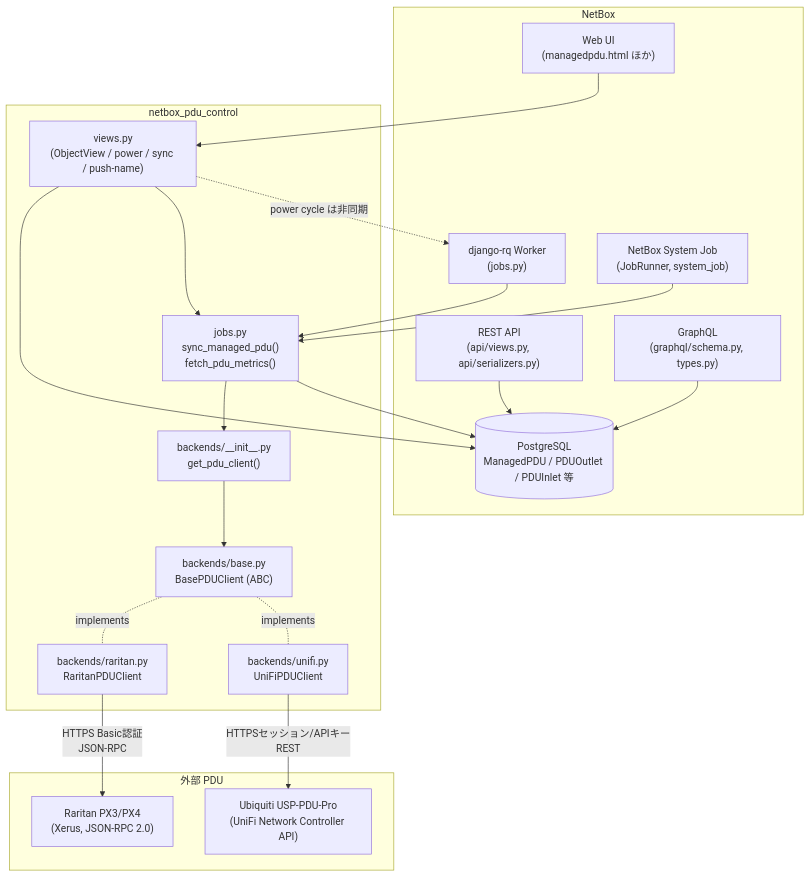
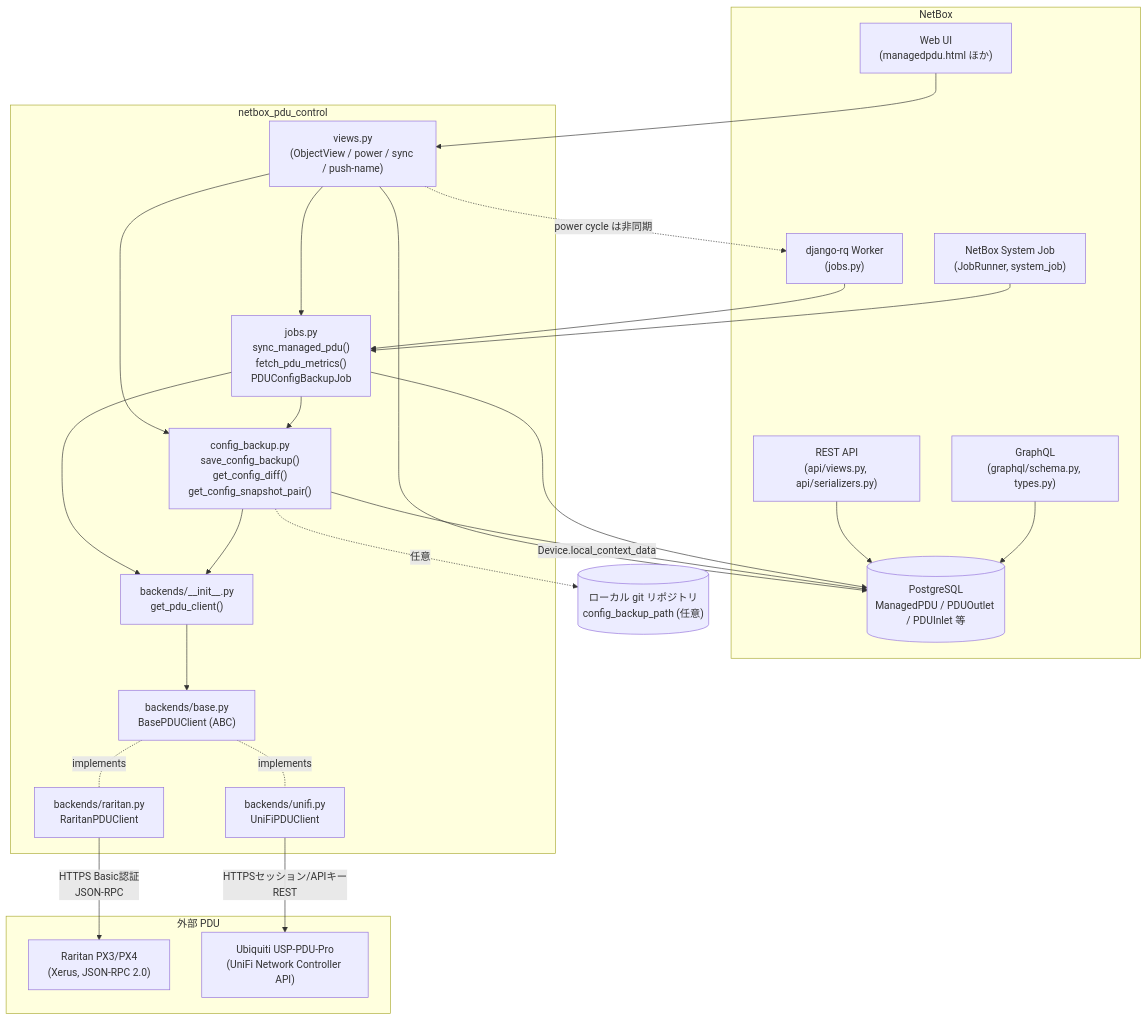
The first of 9 diagrams in docs/design.md (tak-labo/netbox-pdu-control), drawn with Mermaid before and after one commit. The commit also changed other lines of this file and 6 other files, not shown here.

````diff
--- a/docs/design.md
+++ b/docs/design.md
@@ -21,41 +21,49 @@
 ```mermaid
 graph TB
     subgraph NetBox
         UI["Web UI<br/>(managedpdu.html ほか)"]
         API["REST API<br/>(api/views.py, api/serializers.py)"]
         GQL["GraphQL<br/>(graphql/schema.py, types.py)"]
         DB[("PostgreSQL<br/>ManagedPDU / PDUOutlet / PDUInlet 等")]
         RQ["django-rq Worker<br/>(jobs.py)"]
         SJ["NetBox System Job<br/>(JobRunner, system_job)"]
     end
 
     subgraph Plugin["netbox_pdu_control"]
         Views["views.py<br/>(ObjectView / power / sync / push-name)"]
-        Jobs["jobs.py<br/>sync_managed_pdu()<br/>fetch_pdu_metrics()"]
+        Jobs["jobs.py<br/>sync_managed_pdu()<br/>fetch_pdu_metrics()<br/>PDUConfigBackupJob"]
+        Backup["config_backup.py<br/>save_config_backup()<br/>get_config_diff()<br/>get_config_snapshot_pair()"]
         Factory["backends/__init__.py<br/>get_pdu_client()"]
         Base["backends/base.py<br/>BasePDUClient (ABC)"]
         Raritan["backends/raritan.py<br/>RaritanPDUClient"]
         UniFi["backends/unifi.py<br/>UniFiPDUClient"]
     end
 
     subgraph External["外部 PDU"]
         RaritanHW["Raritan PX3/PX4<br/>(Xerus, JSON-RPC 2.0)"]
         UniFiHW["Ubiquiti USP-PDU-Pro<br/>(UniFi Network Controller API)"]
     end
 
+    GitRepo[("ローカル git リポジトリ<br/>config_backup_path (任意)")]
+
     UI --> Views
     API --> DB
     GQL --> DB
     Views --> DB
     Views --> Jobs
     Views -. "power cycle は非同期" .-> RQ
+    Views --> Backup
     RQ --> Jobs
     SJ --> Jobs
     Jobs --> Factory
+    Jobs --> Backup
+    Backup --> Factory
+    Backup -->|"Device.local_context_data"| DB
+    Backup -.任意.-> GitRepo
     Factory --> Base
     Base -.implements.- Raritan
     Base -.implements.- UniFi
     Raritan -->|HTTPS Basic認証<br/>JSON-RPC| RaritanHW
     UniFi -->|HTTPSセッション/APIキー<br/>REST| UniFiHW
     Jobs --> DB
 ```
````
